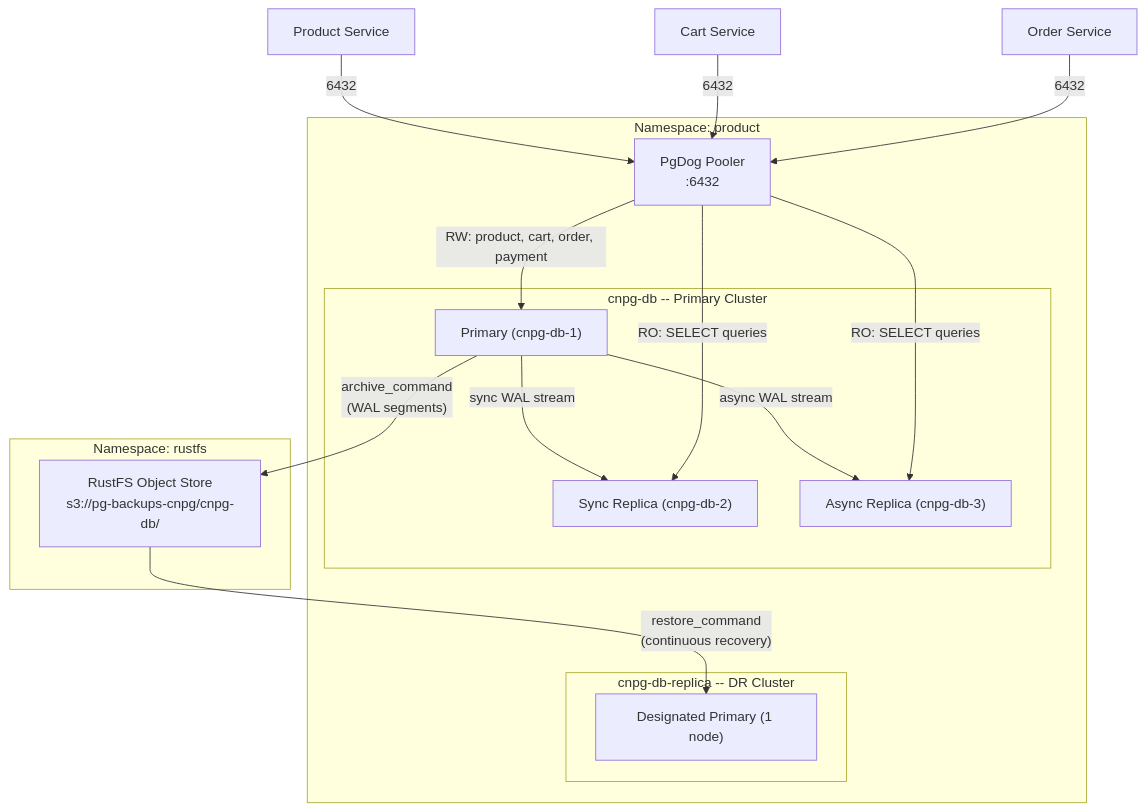
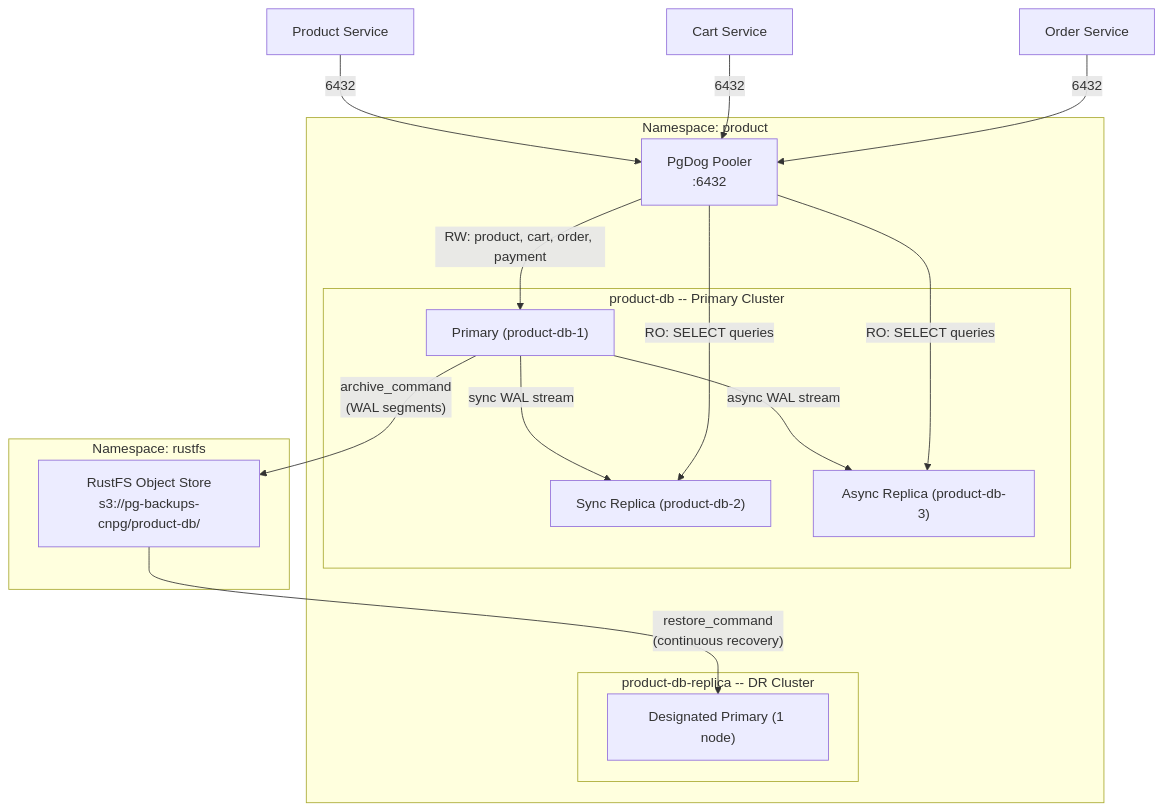
One commit to duynhlab/homelab changed the first of 5 diagrams in docs/databases/005-ha-dr-deep-dive.md. Above: the diagram before and after it, drawn with Mermaid. The commit also changed other lines of this file and 15 other files, not shown here.

````diff
--- a/docs/databases/005-ha-dr-deep-dive.md
+++ b/docs/databases/005-ha-dr-deep-dive.md
@@ -30,33 +30,33 @@
 ```mermaid
 flowchart TB
   subgraph productNS ["Namespace: product"]
-    subgraph primary ["cnpg-db -- Primary Cluster"]
-      P1["Primary (cnpg-db-1)"]
-      P2["Sync Replica (cnpg-db-2)"]
-      P3["Async Replica (cnpg-db-3)"]
+    subgraph primary ["product-db -- Primary Cluster"]
+      P1["Primary (product-db-1)"]
+      P2["Sync Replica (product-db-2)"]
+      P3["Async Replica (product-db-3)"]
       P1 -->|"sync WAL stream"| P2
       P1 -->|"async WAL stream"| P3
     end
 
-    subgraph dr ["cnpg-db-replica -- DR Cluster"]
+    subgraph dr ["product-db-replica -- DR Cluster"]
       DR1["Designated Primary (1 node)"]
     end
 
     PgDog["PgDog Pooler\n:6432"]
 
     PgDog -->|"RW: product, cart, order, payment"| P1
     PgDog -->|"RO: SELECT queries"| P2
     PgDog -->|"RO: SELECT queries"| P3
   end
 
   subgraph rustfsNS ["Namespace: rustfs"]
-    ObjStore["RustFS Object Store\ns3://pg-backups-cnpg/cnpg-db/"]
+    ObjStore["RustFS Object Store\ns3://pg-backups-cnpg/product-db/"]
   end
 
   P1 -->|"archive_command\n(WAL segments)"| ObjStore
   ObjStore -->|"restore_command\n(continuous recovery)"| DR1
 
   ProductSvc["Product Service"] -->|6432| PgDog
   CartSvc["Cart Service"] -->|6432| PgDog
   OrderSvc["Order Service"] -->|6432| PgDog
 ```
````
